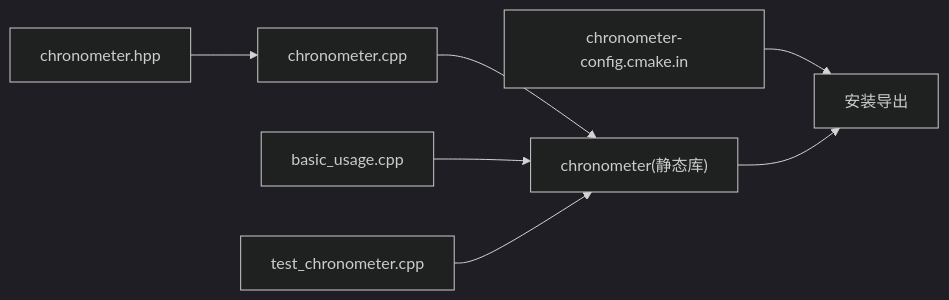
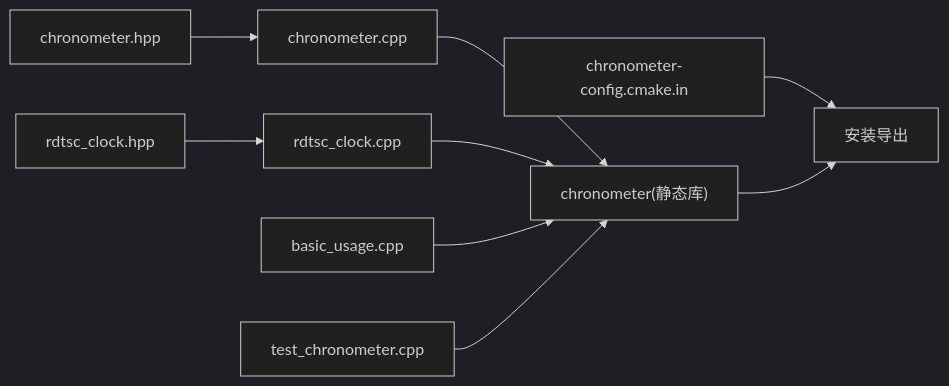
The sixth of 6 diagrams in .qoder/repowiki/zh/content/使用示例与最佳实践.md (xuetianhao98/chronometer), drawn with Mermaid (dark theme) before and after one commit. The commit also changed other lines of this file and 12 other files, not shown here.

````diff
--- a/.qoder/repowiki/zh/content/使用示例与最佳实践.md
+++ b/.qoder/repowiki/zh/content/使用示例与最佳实践.md
@@ -217,9 +322,11 @@
 ```mermaid
 graph LR
 HPP["chronometer.hpp"] --> CPP["chronometer.cpp"]
+RDTSC_HPP["rdtsc_clock.hpp"] --> RDTSC_CPP["rdtsc_clock.cpp"]
 CPP --> LIB["chronometer(静态库)"]
+RDTSC_CPP --> LIB
 EX["basic_usage.cpp"] --> LIB
 TEST["test_chronometer.cpp"] --> LIB
 CFG["chronometer-config.cmake.in"] --> INST["安装导出"]
 LIB --> INST
 ```
````
